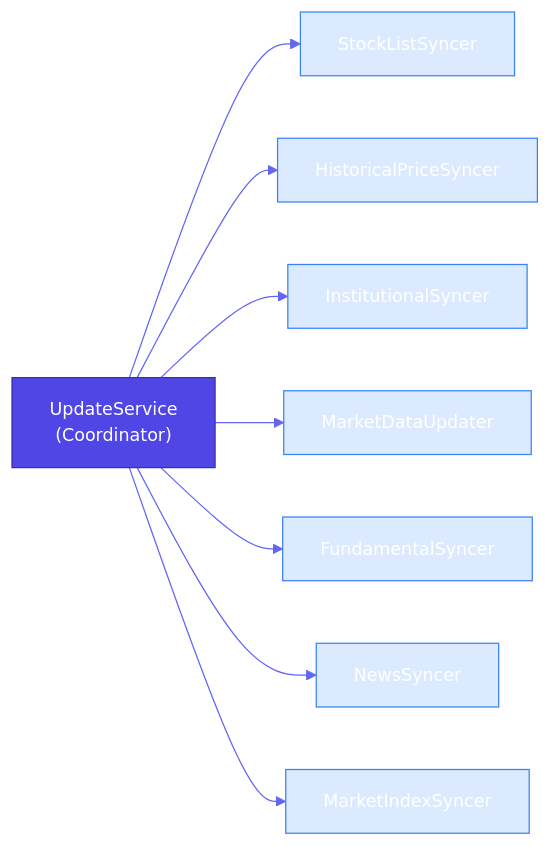
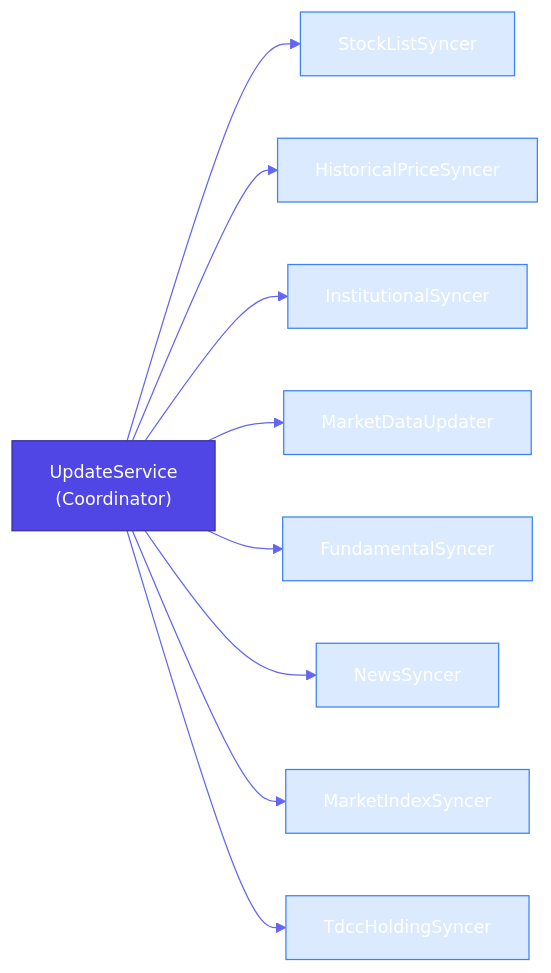
Before and after one commit to Neal75418/afterclose: the fourth of 4 diagrams in CLAUDE.md, drawn with Mermaid. The commit also changed other lines of this file and 3 other files, not shown here.

````diff
--- a/CLAUDE.md
+++ b/CLAUDE.md
@@ -156,22 +152,24 @@
 ```mermaid
 %%{init: {'theme': 'base', 'themeVariables': {'primaryColor': '#4F46E5', 'primaryTextColor': '#fff', 'primaryBorderColor': '#3730A3', 'lineColor': '#6366F1', 'fontSize': '14px'}}}%%
 graph LR
     US["UpdateService<br/>(Coordinator)"]
 
     US --> SLS["StockListSyncer"]
     US --> HPS["HistoricalPriceSyncer"]
     US --> IS["InstitutionalSyncer"]
     US --> MDU["MarketDataUpdater"]
     US --> FS["FundamentalSyncer"]
     US --> NS["NewsSyncer"]
     US --> MIS["MarketIndexSyncer"]
+    US --> THS["TdccHoldingSyncer"]
 
     style US fill:#4F46E5,stroke:#3730A3,color:#fff
     style SLS fill:#DBEAFE,stroke:#3B82F6
     style HPS fill:#DBEAFE,stroke:#3B82F6
     style IS fill:#DBEAFE,stroke:#3B82F6
     style MDU fill:#DBEAFE,stroke:#3B82F6
     style FS fill:#DBEAFE,stroke:#3B82F6
     style NS fill:#DBEAFE,stroke:#3B82F6
     style MIS fill:#DBEAFE,stroke:#3B82F6
+    style THS fill:#DBEAFE,stroke:#3B82F6
 ```
````
